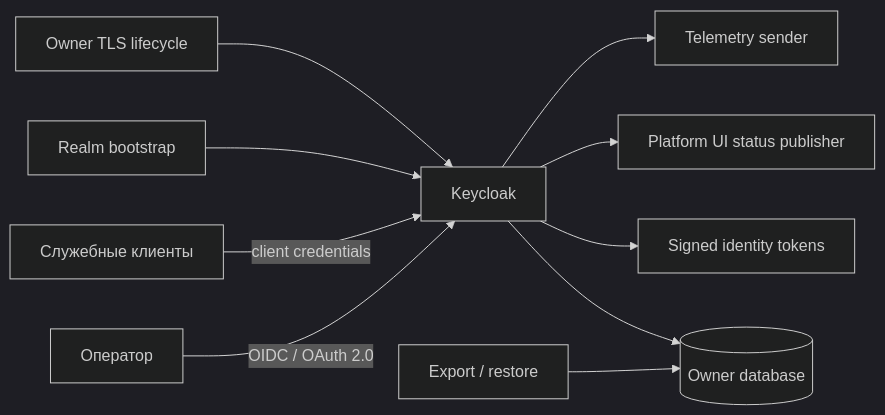
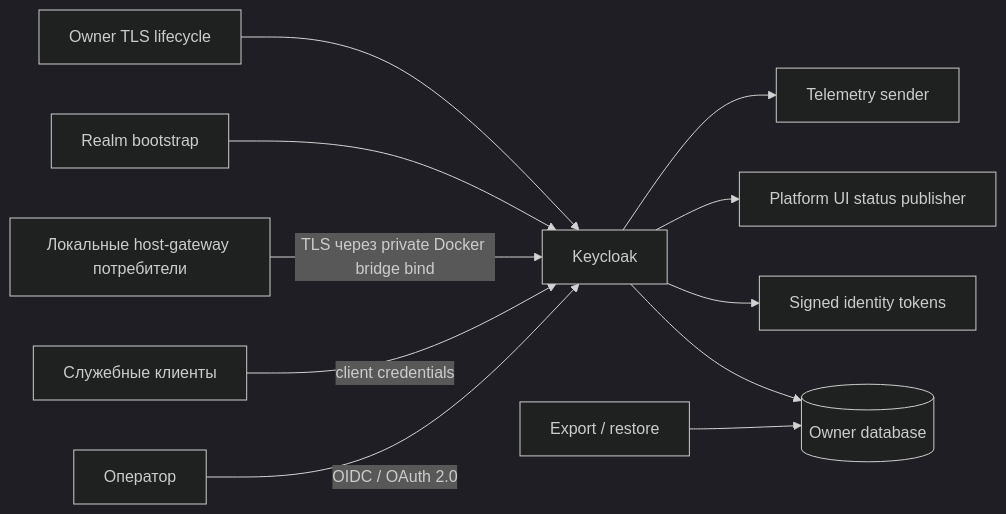
The diagram in keycloak/architecture.mmd (sapogov1978/AELEV-platform-infrastructure), drawn with Mermaid (dark theme) before and after one commit. The commit also changed 28 other files, not shown here.

Commit message:
fix: expose local providers on Docker bridge

```diff
--- a/keycloak/architecture.mmd
+++ b/keycloak/architecture.mmd
@@ -1,10 +1,11 @@
 flowchart LR
     Human["Оператор"] -->|OIDC / OAuth 2.0| Keycloak["Keycloak"]
     Services["Служебные клиенты"] -->|client credentials| Keycloak
+    HostGateway["Локальные host-gateway потребители"] -->|"TLS через private Docker bridge bind"| Keycloak
     Realm["Realm bootstrap"] --> Keycloak
     Keycloak --> Database[("Owner database")]
     TLS["Owner TLS lifecycle"] --> Keycloak
     Keycloak --> Tokens["Signed identity tokens"]
     Backup["Export / restore"] --> Database
     Keycloak --> Status["Platform UI status publisher"]
     Keycloak --> Telemetry["Telemetry sender"]
```
